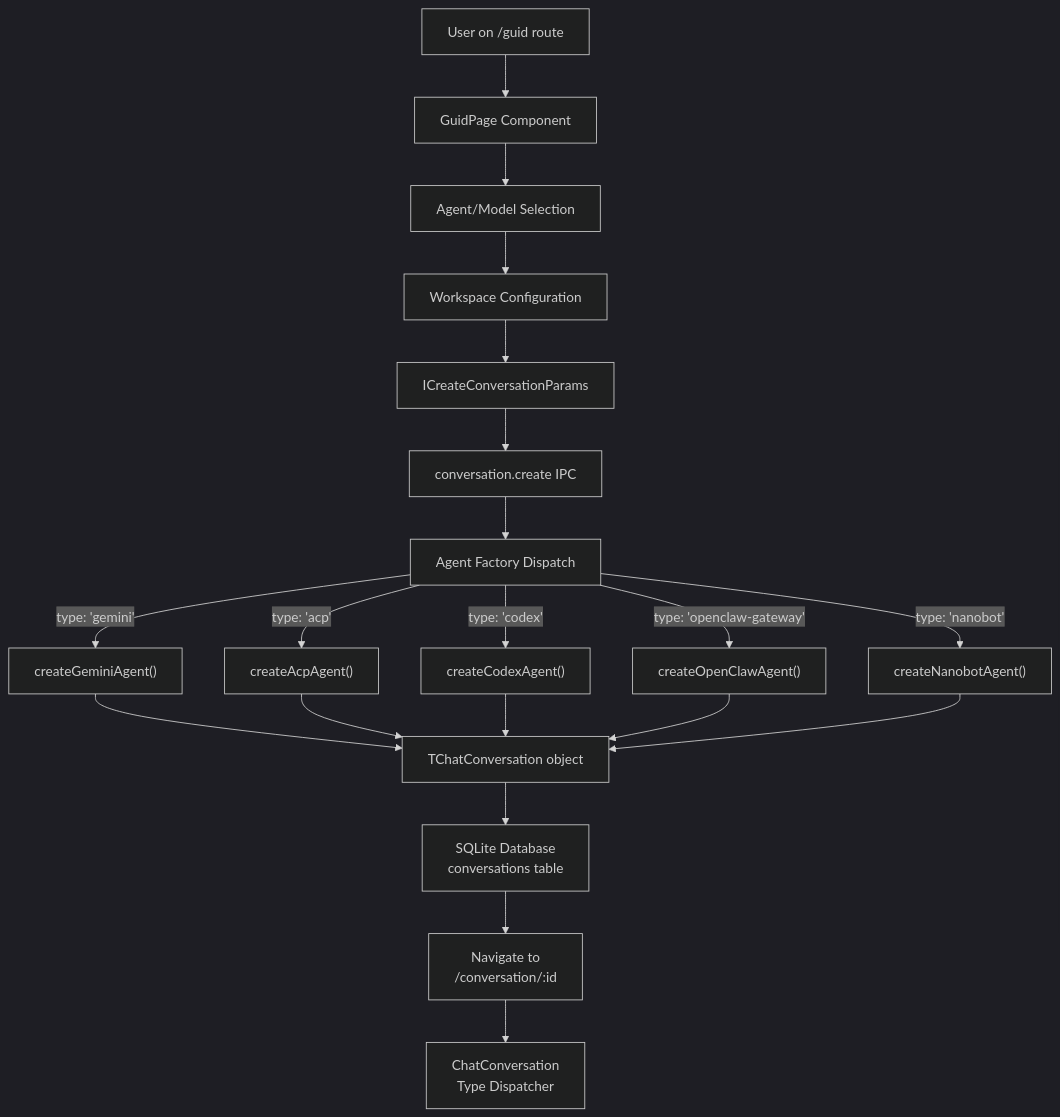
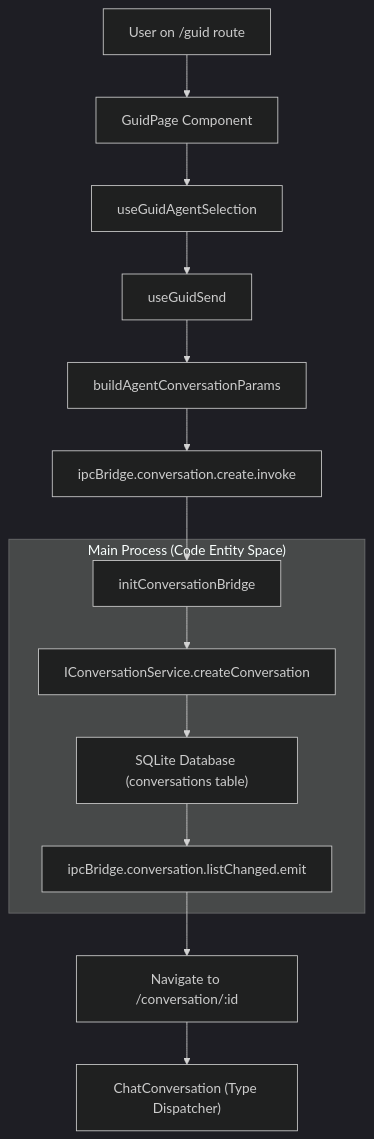
The first of 2 diagrams in docs/iOfficeAI_AionUi/user-interface/conversation-initialization.md (blackcater/zentree), drawn with Mermaid (dark theme) before and after one commit. The commit also changed other lines of this file and 232 other files, not shown here.

````diff
--- a/docs/iOfficeAI_AionUi/user-interface/conversation-initialization.md
+++ b/docs/iOfficeAI_AionUi/user-interface/conversation-initialization.md
@@ -44,39 +61,31 @@
 ```mermaid
 graph TB
     USER["User on /guid route"]
     GUID["GuidPage Component"]
-    SELECT["Agent/Model Selection"]
-    WORKSPACE["Workspace Configuration"]
-    PARAMS["ICreateConversationParams"]
-    IPC["conversation.create IPC"]
-    DISPATCH["Agent Factory Dispatch"]
-    GEMINI["createGeminiAgent()"]
-    ACP["createAcpAgent()"]
-    CODEX["createCodexAgent()"]
-    OPENCLAW["createOpenClawAgent()"]
-    NANOBOT["createNanobotAgent()"]
-    CONV["TChatConversation object"]
-    DB["SQLite Database<br/>conversations table"]
-    NAV["Navigate to<br/>/conversation/:id"]
-    RENDER["ChatConversation<br/>Type Dispatcher"]
-
+    HOOK_SEL["useGuidAgentSelection"]
+    HOOK_SEND["useGuidSend"]
+    BUILD_PARAMS["buildAgentConversationParams"]
+    IPC_CALL["ipcBridge.conversation.create.invoke"]
+    
+    subgraph "Main Process (Code Entity Space)"
+        BRIDGE["initConversationBridge"]
+        SERVICE["IConversationService.createConversation"]
+        DB["SQLite Database (conversations table)"]
+        EMIT["ipcBridge.conversation.listChanged.emit"]
+    end
+    
+    NAV["Navigate to /conversation/:id"]
+    RENDER["ChatConversation (Type Dispatcher)"]
+    
     USER --> GUID
-    GUID --> SELECT
-    SELECT --> WORKSPACE
-    WORKSPACE --> PARAMS
-    PARAMS --> IPC
-    IPC --> DISPATCH
-    DISPATCH -->|type: 'gemini'| GEMINI
-    DISPATCH -->|type: 'acp'| ACP
-    DISPATCH -->|type: 'codex'| CODEX
-    DISPATCH -->|type: 'openclaw-gateway'| OPENCLAW
-    DISPATCH -->|type: 'nanobot'| NANOBOT
-    GEMINI --> CONV
-    ACP --> CONV
-    CODEX --> CONV
-    OPENCLAW --> CONV
-    NANOBOT --> CONV
-    CONV --> DB
-    DB --> NAV
+    GUID --> HOOK_SEL
+    HOOK_SEL --> HOOK_SEND
+    HOOK_SEND --> BUILD_PARAMS
+    BUILD_PARAMS --> IPC_CALL
+    IPC_CALL --> BRIDGE
+    BRIDGE --> SERVICE
+    SERVICE --> DB
+    DB --> EMIT
+    EMIT --> NAV
     NAV --> RENDER
 ```
````
